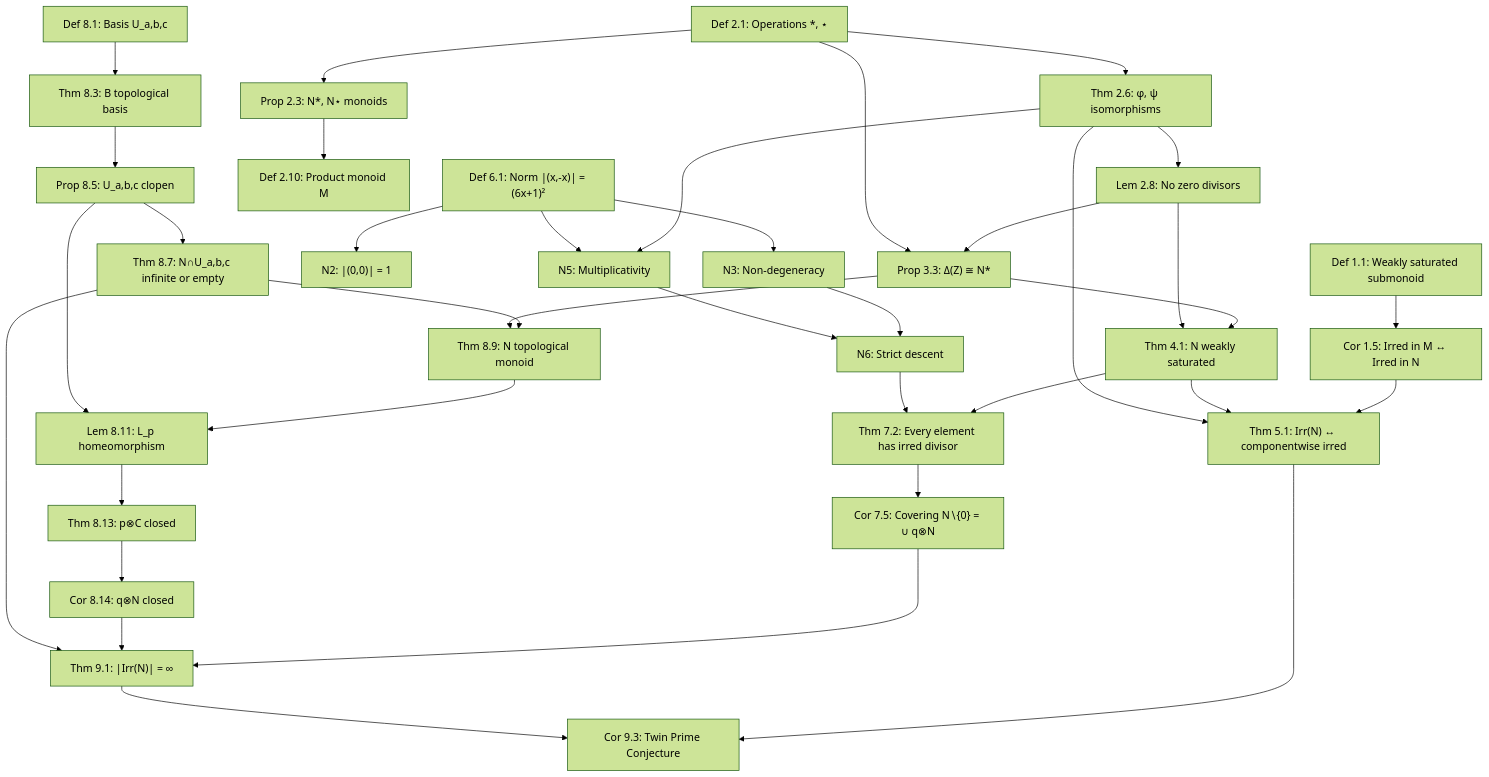
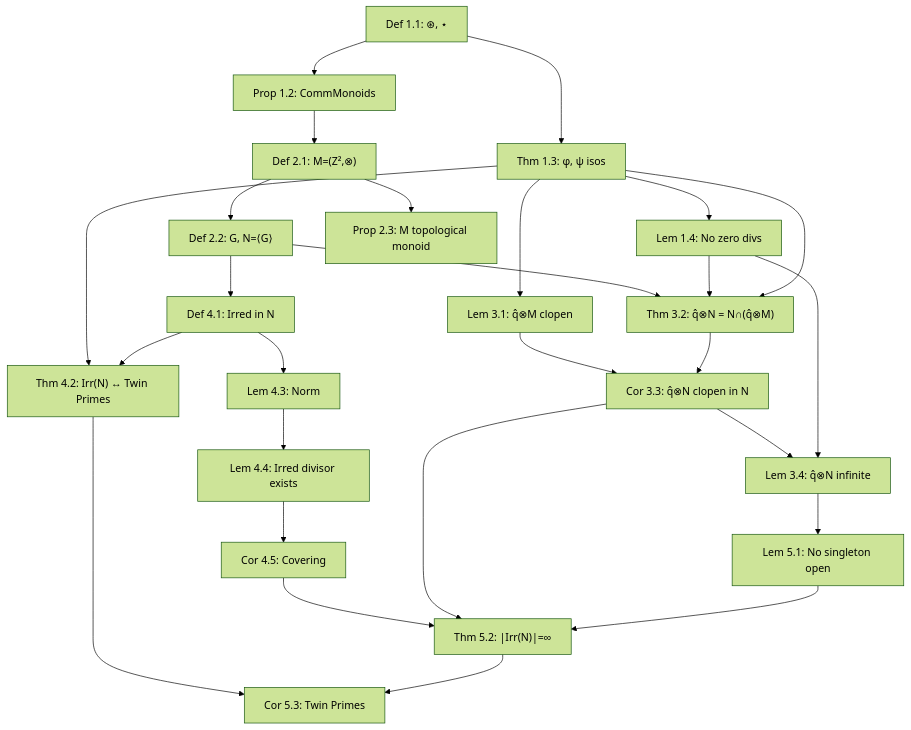
One commit to FruitfulApproach/Lean4TPC changed the diagram in PAPER.md. Above: the diagram before and after it, drawn with Mermaid (forest theme). The commit also changed other lines of this file and 6 other files, not shown here.

````diff
--- a/PAPER.md
+++ b/PAPER.md
@@ -460,66 +218,29 @@
 ```mermaid
 graph TD
-    D11["Def 1.1: Weakly saturated submonoid"]
-    C15["Cor 1.5: Irred in M ↔ Irred in N"]
-    D21["Def 2.1: Operations *, ⋆"]
-    P23["Prop 2.3: N*, N⋆ monoids"]
-    T26["Thm 2.6: φ, ψ isomorphisms"]
-    L28["Lem 2.8: No zero divisors"]
-    D210["Def 2.10: Product monoid M"]
-    P33["Prop 3.3: Δ(Z) ≅ N*"]
-    T41["Thm 4.1: N weakly saturated"]
-    T51["Thm 5.1: Irr(N) ↔ componentwise irred"]
-    D61["Def 6.1: Norm |(x,-x)| = (6x+1)²"]
-    N2["N2: |(0,0)| = 1"]
-    N3["N3: Non-degeneracy"]
-    N5["N5: Multiplicativity"]
-    N6["N6: Strict descent"]
-    T72["Thm 7.2: Every element has irred divisor"]
-    C75["Cor 7.5: Covering N∖{0} = ∪ q⊗N"]
-    D81["Def 8.1: Basis U_a,b,c"]
-    T83["Thm 8.3: B topological basis"]
-    P85["Prop 8.5: U_a,b,c clopen"]
-    T87["Thm 8.7: N∩U_a,b,c infinite or empty"]
-    T89["Thm 8.9: N topological monoid"]
-    L811["Lem 8.11: L_p homeomorphism"]
-    T813["Thm 8.13: p⊗C closed"]
-    C814["Cor 8.14: q⊗N closed"]
-    T91["Thm 9.1: |Irr(N)| = ∞"]
-    C93["Cor 9.3: Twin Prime Conjecture"]
-
-    D11 --> C15
-    D21 --> P23
-    D21 --> T26
-    T26 --> L28
-    P23 --> D210
-    L28 --> P33
-    D21 --> P33
-    P33 --> T41
-    L28 --> T41
-    C15 --> T51
-    T41 --> T51
-    T26 --> T51
-    D61 --> N2
-    D61 --> N3
-    T26 --> N5
-    D61 --> N5
-    N3 --> N6
-    N5 --> N6
-    T41 --> T72
-    N6 --> T72
-    T72 --> C75
-    D81 --> T83
-    T83 --> P85
-    P85 --> T87
-    T87 --> T89
-    P33 --> T89
-    T89 --> L811
-    P85 --> L811
-    L811 --> T813
-    T813 --> C814
-    C75 --> T91
-    C814 --> T91
-    T87 --> T91
-    T51 --> C93
-    T91 --> C93
+    D11["Def 1.1: ⊛, ⋆"] --> P12["Prop 1.2: CommMonoids"]
+    D11 --> T13["Thm 1.3: φ, ψ isos"]
+    T13 --> L14["Lem 1.4: No zero divs"]
+    P12 --> D21["Def 2.1: M=(Z²,⊗)"]
+    D21 --> D22["Def 2.2: G, N=⟨G⟩"]
+    D21 --> P23["Prop 2.3: M topological monoid"]
+    T13 --> L31["Lem 3.1: q̂⊗M clopen"]
+    D22 --> T32["Thm 3.2: q̂⊗N = N∩(q̂⊗M)"]
+    L14 --> T32
+    T13 --> T32
+    L31 --> C33["Cor 3.3: q̂⊗N clopen in N"]
+    T32 --> C33
+    C33 --> L34["Lem 3.4: q̂⊗N infinite"]
+    L14 --> L34
+    D22 --> D41["Def 4.1: Irred in N"]
+    T13 --> T42["Thm 4.2: Irr(N) ↔ Twin Primes"]
+    D41 --> T42
+    D41 --> L43["Lem 4.3: Norm"]
+    L43 --> L44["Lem 4.4: Irred divisor exists"]
+    L44 --> C45["Cor 4.5: Covering"]
+    L34 --> L51["Lem 5.1: No singleton open"]
+    C45 --> T52["Thm 5.2: |Irr(N)|=∞"]
+    C33 --> T52
+    L51 --> T52
+    T42 --> C53["Cor 5.3: Twin Primes"]
+    T52 --> C53
 ```
````
